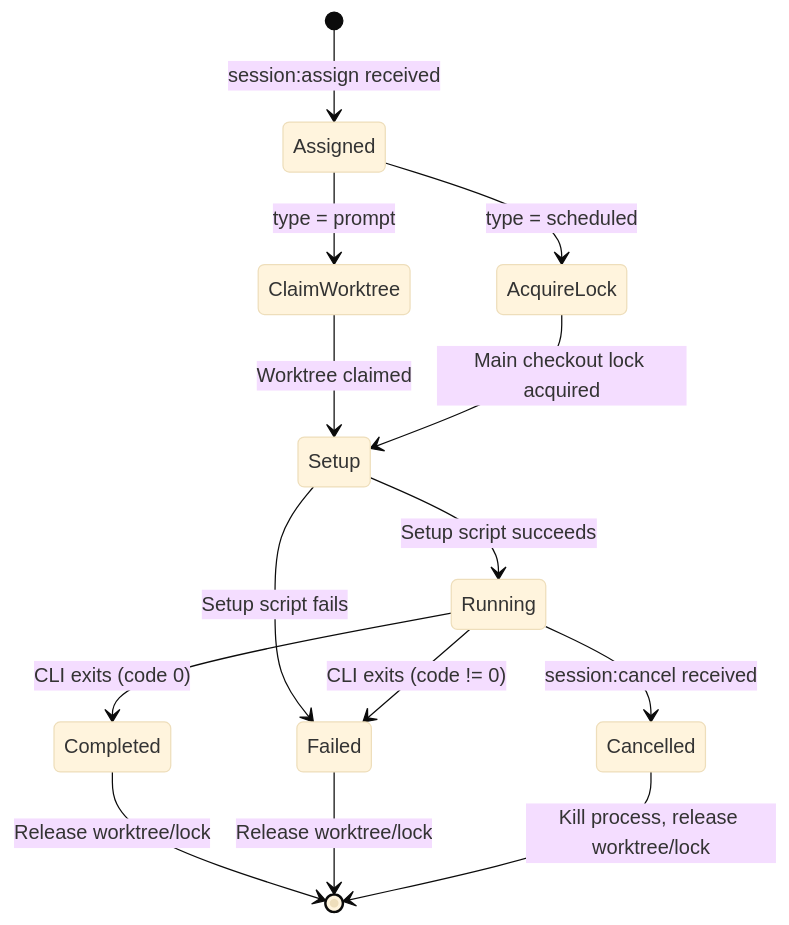
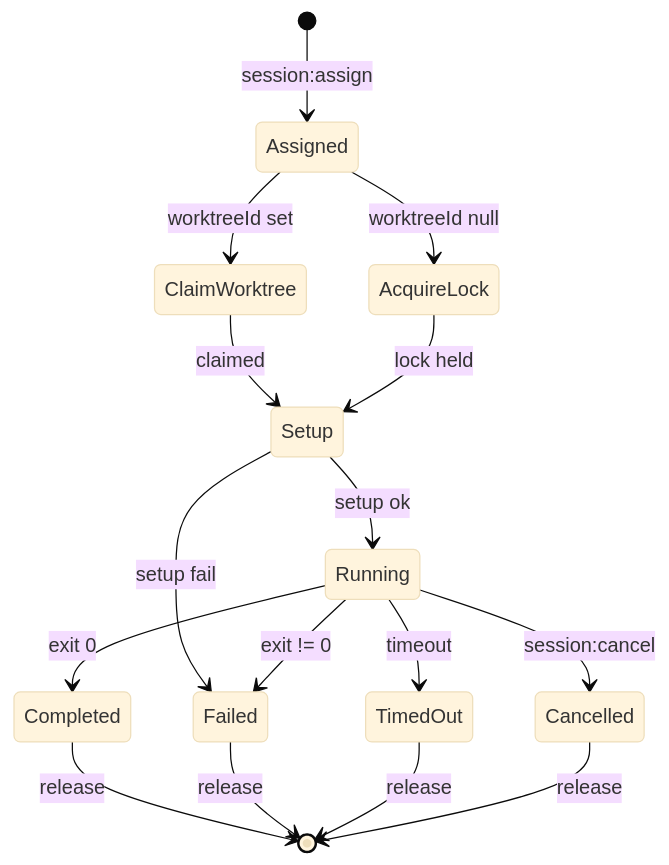
The fourth of 5 diagrams in docs/agent.md (jonathanong/auto-harness), drawn with Mermaid (base theme) before and after one commit. The commit also changed other lines of this file and 15 other files, not shown here.

````diff
--- a/docs/agent.md
+++ b/docs/agent.md
@@ -224,16 +373,18 @@
 ```mermaid
 stateDiagram-v2
-    [*] --> Assigned: session:assign received
-    Assigned --> ClaimWorktree: type = prompt
-    Assigned --> AcquireLock: type = scheduled
-    ClaimWorktree --> Setup: Worktree claimed
-    AcquireLock --> Setup: Main checkout lock acquired
-    Setup --> Running: Setup script succeeds
-    Setup --> Failed: Setup script fails
-    Running --> Completed: CLI exits (code 0)
-    Running --> Failed: CLI exits (code != 0)
-    Running --> Cancelled: session:cancel received
-    Completed --> [*]: Release worktree/lock
-    Failed --> [*]: Release worktree/lock
-    Cancelled --> [*]: Kill process, release worktree/lock
+    [*] --> Assigned: session:assign
+    Assigned --> ClaimWorktree: worktreeId set
+    Assigned --> AcquireLock: worktreeId null
+    ClaimWorktree --> Setup: claimed
+    AcquireLock --> Setup: lock held
+    Setup --> Running: setup ok
+    Setup --> Failed: setup fail
+    Running --> Completed: exit 0
+    Running --> Failed: exit != 0
+    Running --> TimedOut: timeout
+    Running --> Cancelled: session:cancel
+    Completed --> [*]: release
+    Failed --> [*]: release
+    TimedOut --> [*]: release
+    Cancelled --> [*]: release
 ```
````
